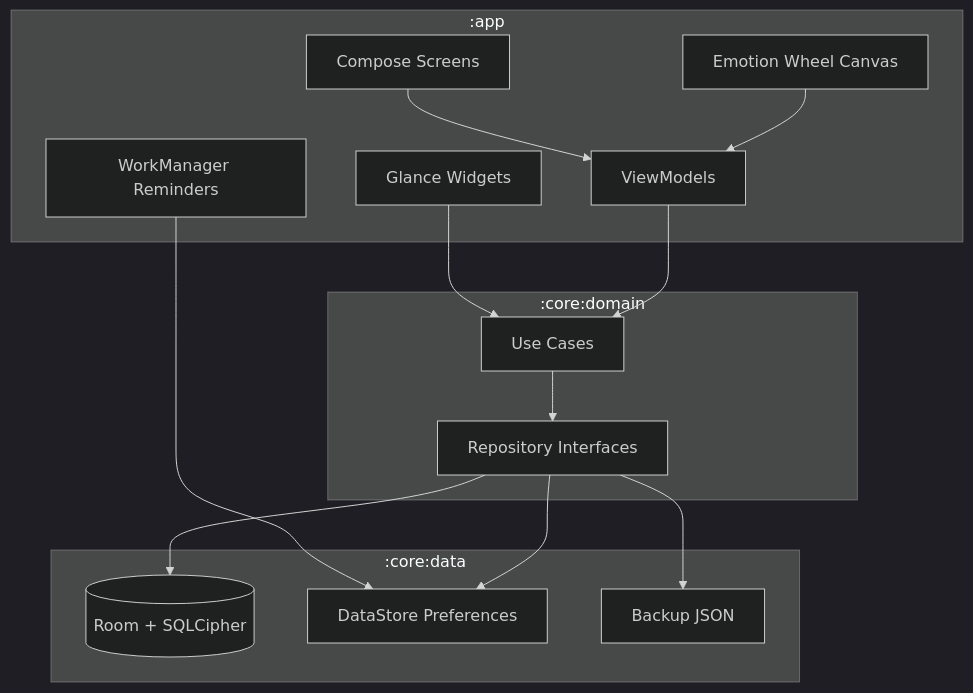
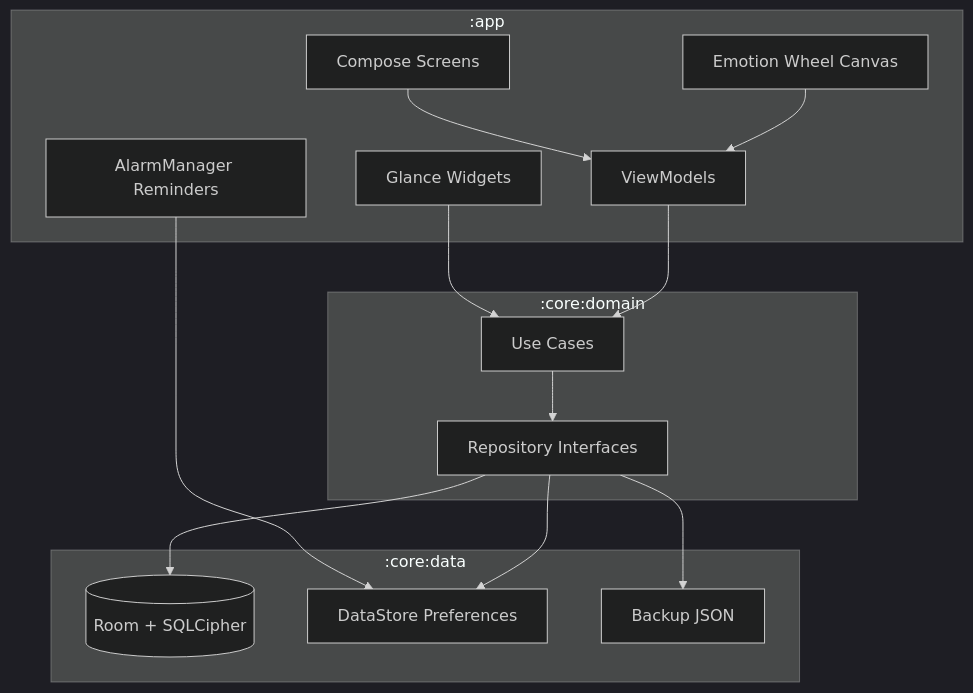
The diagram in README.md (z3itt/FeelS), drawn with Mermaid (dark theme) before and after one commit. The commit also changed other lines of this file and 5 other files, not shown here.

````diff
--- a/README.md
+++ b/README.md
@@ -71,31 +71,31 @@
 ```mermaid
 flowchart TB
     subgraph app [":app"]
         Compose[Compose Screens]
         Canvas[Emotion Wheel Canvas]
         VM[ViewModels]
         Widget[Glance Widgets]
-        Notif[WorkManager Reminders]
+        Notif[AlarmManager Reminders]
     end
 
     subgraph domain [":core:domain"]
         UC[Use Cases]
         RepoI[Repository Interfaces]
     end
 
     subgraph data [":core:data"]
         Room[(Room + SQLCipher)]
         DS[DataStore Preferences]
         Backup[Backup JSON]
     end
 
     Compose --> VM
     Canvas --> VM
     Widget --> UC
     Notif --> DS
     VM --> UC
     UC --> RepoI
     RepoI --> Room
     RepoI --> DS
     RepoI --> Backup
 ```
````
